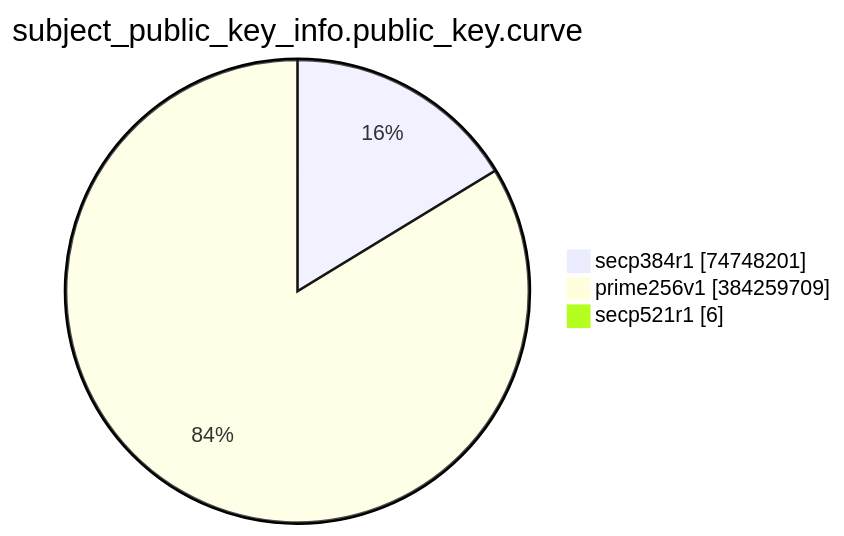
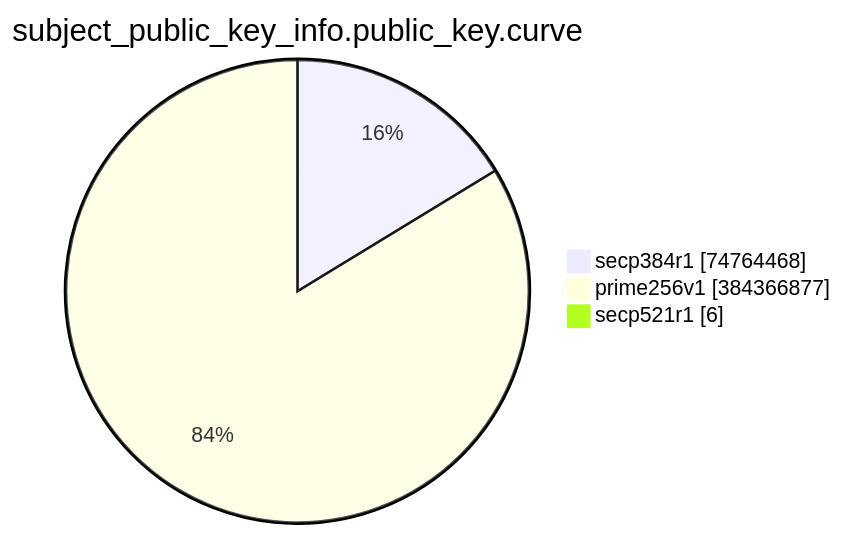
Before and after one commit to christiankrug/ctmonitor_visualization: the eighth of 15 diagrams in TOTAL/README.md, drawn with Mermaid. The commit also changed other lines of this file, not shown here.

````diff
--- a/TOTAL/README.md
+++ b/TOTAL/README.md
@@ -3094,7 +3094,7 @@
 ```mermaid
 pie showData
 title subject_public_key_info.public_key.curve
-"secp384r1" :74748201
-"prime256v1" :384259709
+"secp384r1" :74764468
+"prime256v1" :384366877
 "secp521r1" :6
 ```
````
